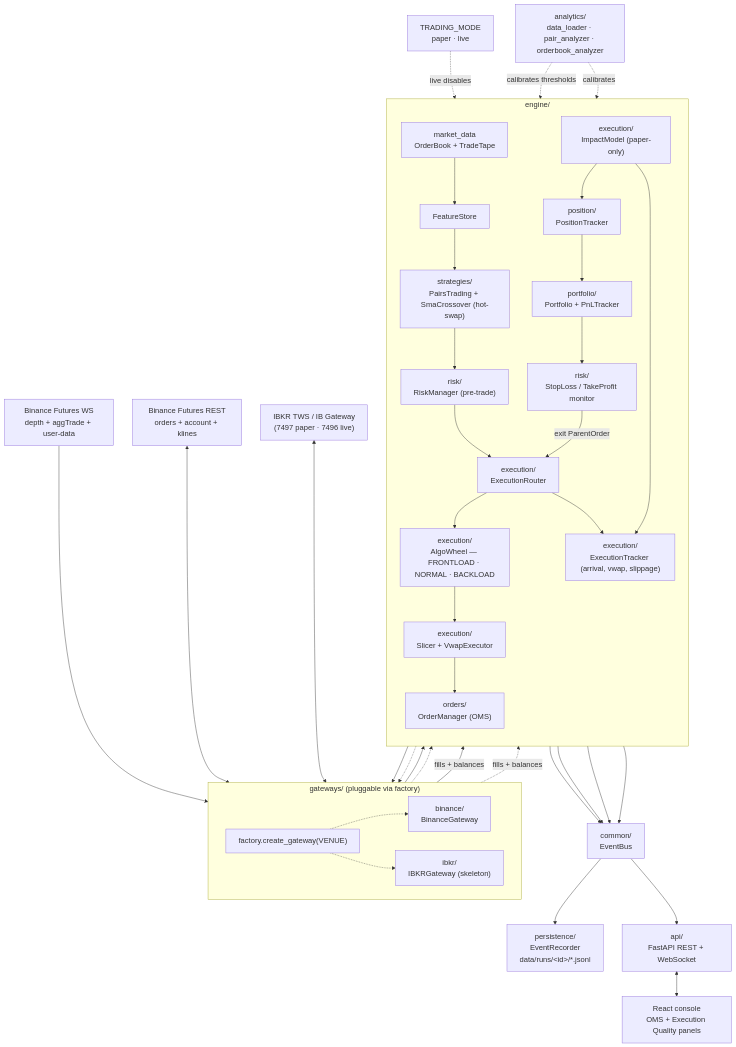
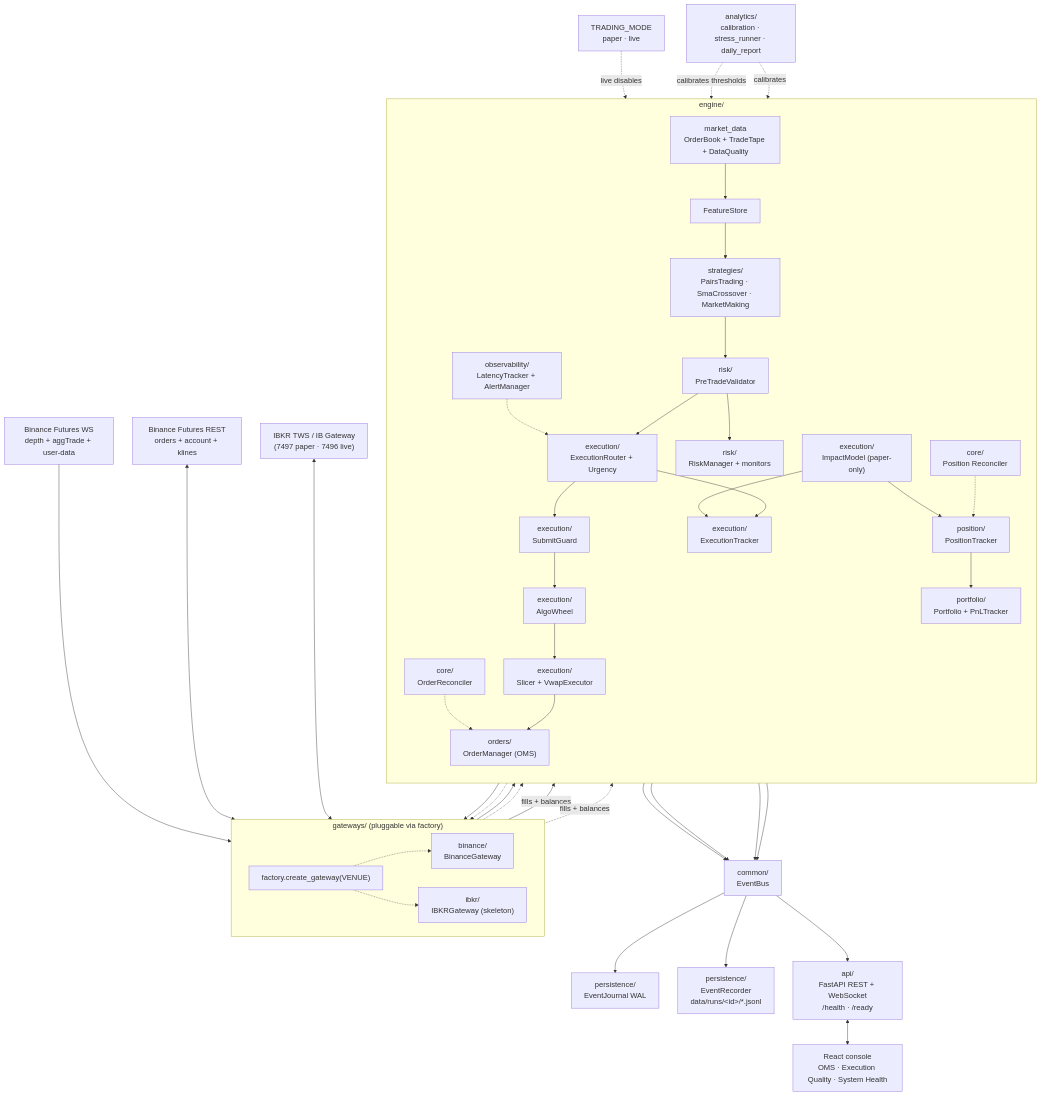
The diagram in README.md (Zendragon98/algo-trading-hub), drawn with Mermaid before and after one commit. The commit also changed other lines of this file and 54 other files, not shown here.

First line of the commit message:
Enhance architecture and engine functionality

````diff
--- a/README.md
+++ b/README.md
@@ -7,69 +7,78 @@
 ```mermaid
 %%{init: {"flowchart": {"useMaxWidth": false, "htmlLabels": true, "nodeSpacing": 45, "rankSpacing": 60}, "themeVariables": {"fontSize": "18px"}}}%%
 flowchart TB
     BinanceWs["Binance Futures WS<br/>depth + aggTrade + user-data"]
     BinanceRest["Binance Futures REST<br/>orders + account + klines"]
     IbkrTws["IBKR TWS / IB Gateway<br/>(7497 paper · 7496 live)"]
 
     subgraph gw ["gateways/ (pluggable via factory)"]
         direction LR
         Factory["factory.create_gateway(VENUE)"]
         BinanceGw["binance/<br/>BinanceGateway"]
         IbkrGw["ibkr/<br/>IBKRGateway (skeleton)"]
         Factory -.-> BinanceGw
         Factory -.-> IbkrGw
     end
     BinanceWs --> BinanceGw
     BinanceRest <--> BinanceGw
     IbkrTws <--> IbkrGw
 
     subgraph eng ["engine/"]
         direction TB
-        MarketData["market_data<br/>OrderBook + TradeTape"]
+        MarketData["market_data<br/>OrderBook + TradeTape + DataQuality"]
         Features["FeatureStore"]
-        Strategy["strategies/<br/>PairsTrading + SmaCrossover (hot-swap)"]
-        Risk["risk/<br/>RiskManager (pre-trade)"]
-        Router["execution/<br/>ExecutionRouter"]
-        Wheel["execution/<br/>AlgoWheel — FRONTLOAD · NORMAL · BACKLOAD"]
+        Strategy["strategies/<br/>PairsTrading · SmaCrossover · MarketMaking"]
+        PreTrade["risk/<br/>PreTradeValidator"]
+        RiskMon2["risk/<br/>RiskManager + monitors"]
+        Router["execution/<br/>ExecutionRouter + Urgency"]
+        SubmitGuard["execution/<br/>SubmitGuard"]
+        Wheel["execution/<br/>AlgoWheel"]
         Slicer["execution/<br/>Slicer + VwapExecutor"]
         OrderMgr["orders/<br/>OrderManager (OMS)"]
-        Tracker["execution/<br/>ExecutionTracker (arrival, vwap, slippage)"]
+        OrdRec["core/<br/>OrderReconciler"]
+        PosRec["core/<br/>Position Reconciler"]
+        Tracker["execution/<br/>ExecutionTracker"]
         Impact["execution/<br/>ImpactModel (paper-only)"]
         Position["position/<br/>PositionTracker"]
         Portfolio["portfolio/<br/>Portfolio + PnLTracker"]
-        RiskMon["risk/<br/>StopLoss / TakeProfit monitor"]
+        Obs["observability/<br/>LatencyTracker + AlertManager"]
 
-        MarketData --> Features --> Strategy --> Risk --> Router
-        Router --> Wheel --> Slicer --> OrderMgr
+        MarketData --> Features --> Strategy --> PreTrade --> Router
+        PreTrade --> RiskMon2
+        Router --> SubmitGuard --> Wheel --> Slicer --> OrderMgr
         Router --> Tracker
-        Impact --> Position --> Portfolio --> RiskMon
+        OrdRec -.-> OrderMgr
+        PosRec -.-> Position
+        Impact --> Position --> Portfolio
         Impact --> Tracker
-        RiskMon -->|exit ParentOrder| Router
+        Obs -.-> Router
     end
 
     BinanceGw --> MarketData
     IbkrGw -.-> MarketData
     OrderMgr --> BinanceGw
     OrderMgr -.-> IbkrGw
     BinanceGw -->|fills + balances| Impact
     IbkrGw -.->|fills + balances| Impact
 
     Mode["TRADING_MODE<br/>paper · live"] -.->|live disables| Impact
 
     Bus["common/<br/>EventBus"]
     Portfolio --> Bus
     OrderMgr --> Bus
     Tracker --> Bus
     MarketData --> Bus
 
+    Journal["persistence/<br/>EventJournal WAL"]
     Recorder["persistence/<br/>EventRecorder<br/>data/runs/&lt;id&gt;/*.jsonl"]
-    API["api/<br/>FastAPI REST + WebSocket"]
-    FE["React console<br/>OMS + Execution Quality panels"]
+    Bus --> Journal
     Bus --> Recorder
+    API["api/<br/>FastAPI REST + WebSocket<br/>/health · /ready"]
+    FE["React console<br/>OMS · Execution Quality · System Health"]
     Bus --> API
     API <--> FE
 
-    Analytics["analytics/<br/>data_loader · pair_analyzer · orderbook_analyzer"]
+    Analytics["analytics/<br/>calibration · stress_runner · daily_report"]
     Analytics -.->|calibrates thresholds| Strategy
     Analytics -.->|calibrates| Wheel
 ```
````
